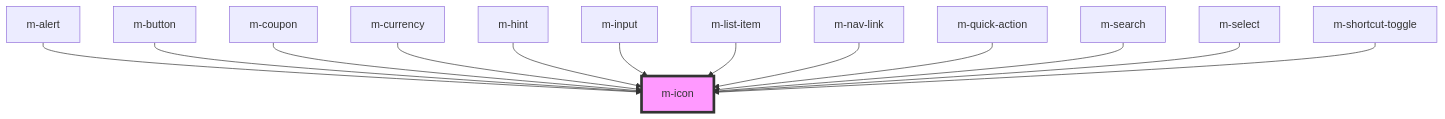
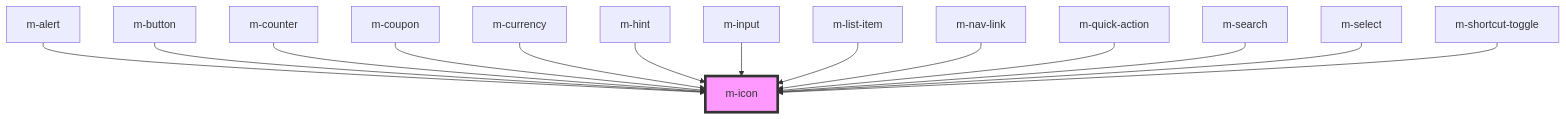
One commit to dynamic-framework/dynamic-ui changed the diagram in design-system/src/components/m-icon/readme.md. Above: the diagram before and after it, drawn with Mermaid. The commit also changed other lines of this file and 9 other files, not shown here.

````diff
--- a/design-system/src/components/m-icon/readme.md
+++ b/design-system/src/components/m-icon/readme.md
@@ -37,16 +38,17 @@
 ```mermaid
 graph TD;
   m-alert --> m-icon
   m-button --> m-icon
+  m-counter --> m-icon
   m-coupon --> m-icon
   m-currency --> m-icon
   m-hint --> m-icon
   m-input --> m-icon
   m-list-item --> m-icon
   m-nav-link --> m-icon
   m-quick-action --> m-icon
   m-search --> m-icon
   m-select --> m-icon
   m-shortcut-toggle --> m-icon
   style m-icon fill:#f9f,stroke:#333,stroke-width:4px
 ```
````
